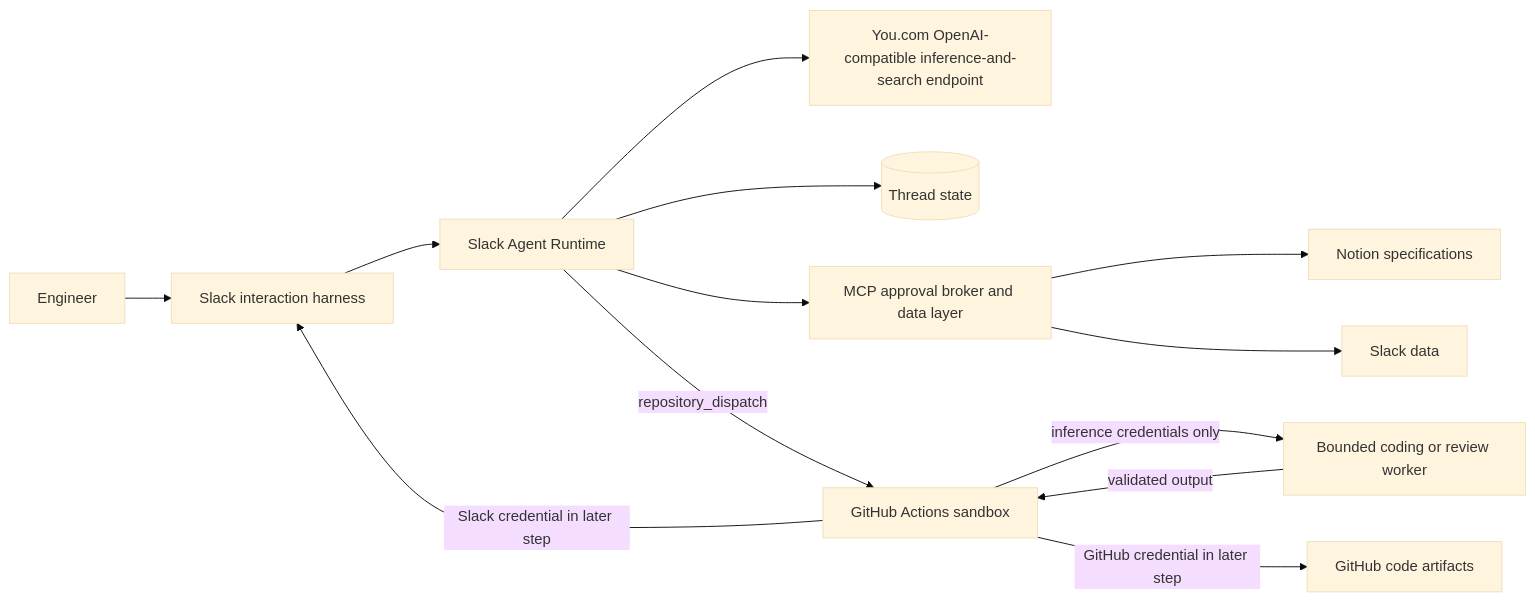
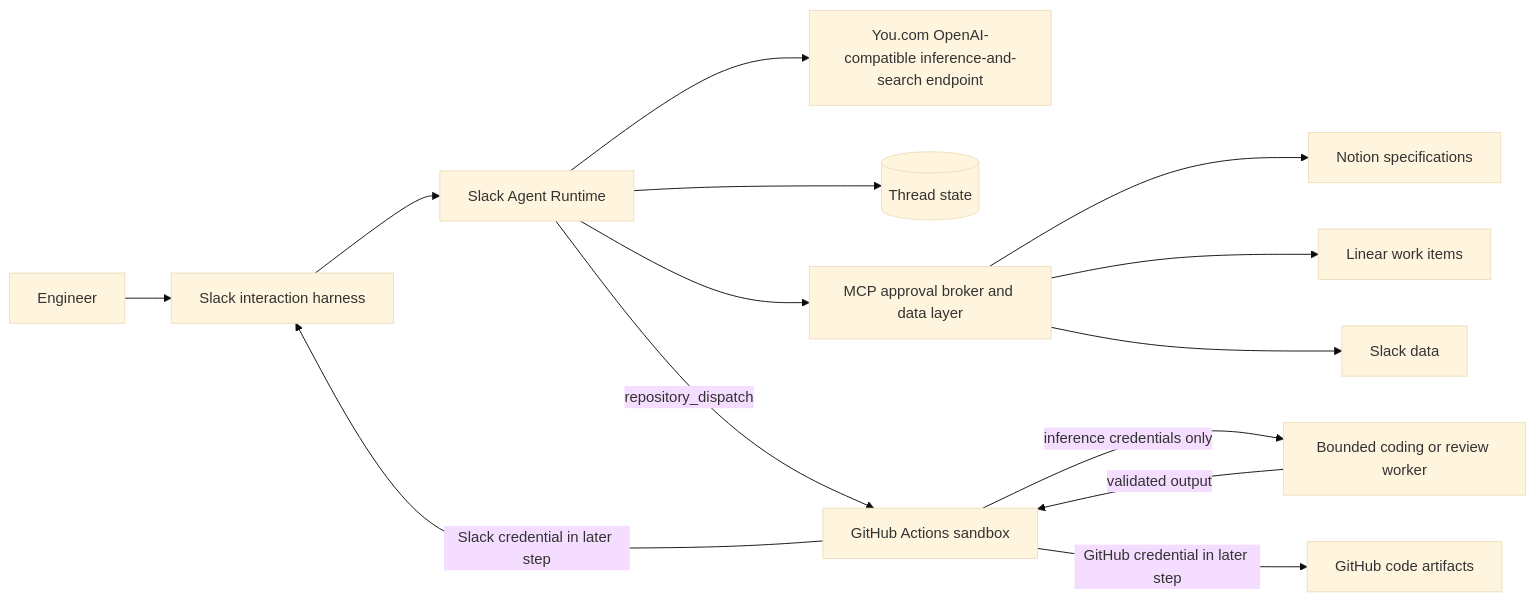
The first of 2 diagrams in docs/slack-agent-runtime-30-minute-talk.md (sakomws/slack-agent-runtime), drawn with Mermaid (base theme) before and after one commit. The commit also changed other lines of this file and 4 other files, not shown here.

````diff
--- a/docs/slack-agent-runtime-30-minute-talk.md
+++ b/docs/slack-agent-runtime-30-minute-talk.md
@@ -171,15 +173,16 @@
 ```mermaid
 flowchart LR
     U[Engineer] --> S[Slack interaction harness]
     S --> R[Slack Agent Runtime]
     R --> Y[You.com OpenAI-compatible inference-and-search endpoint]
     R --> P[(Thread state)]
     R --> A[MCP approval broker and data layer]
     A --> N[Notion specifications]
+    A --> L[Linear work items]
     A --> SD[Slack data]
     R -->|repository_dispatch| GA[GitHub Actions sandbox]
     GA -->|inference credentials only| W[Bounded coding or review worker]
     W -->|validated output| GA
     GA -->|GitHub credential in later step| GH[GitHub code artifacts]
     GA -->|Slack credential in later step| S
 ```
````
